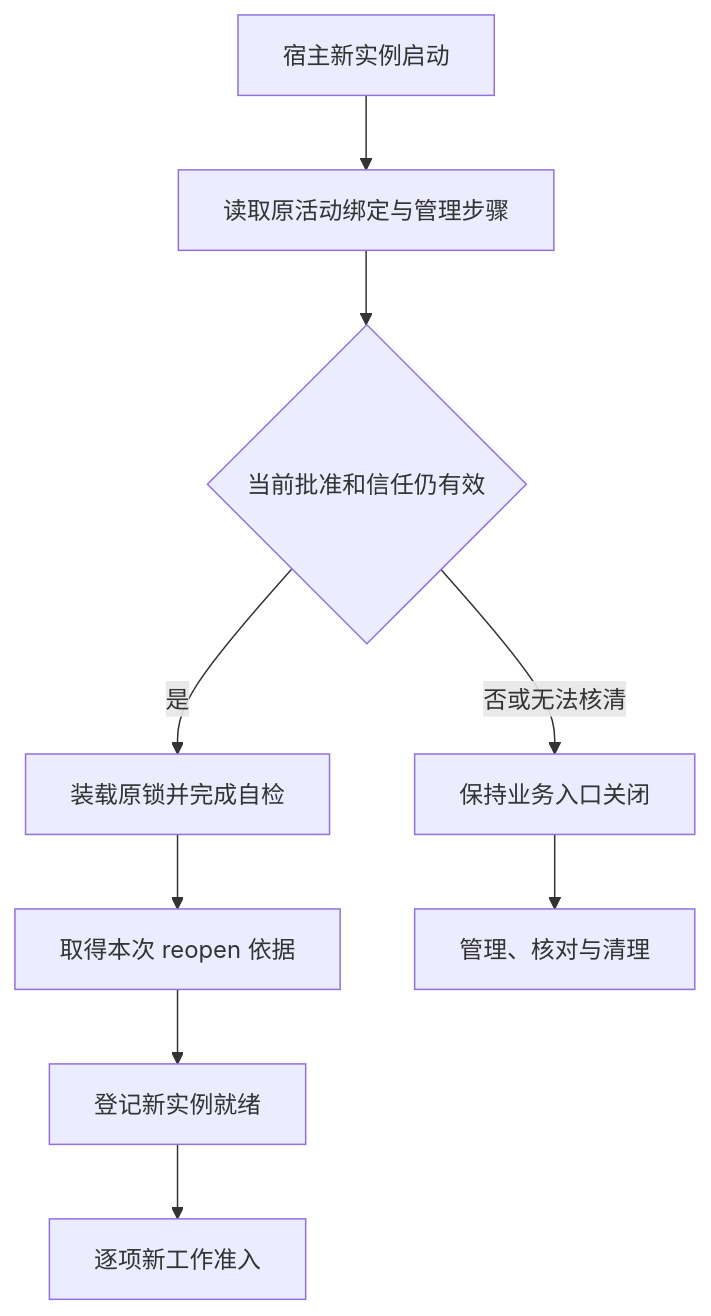
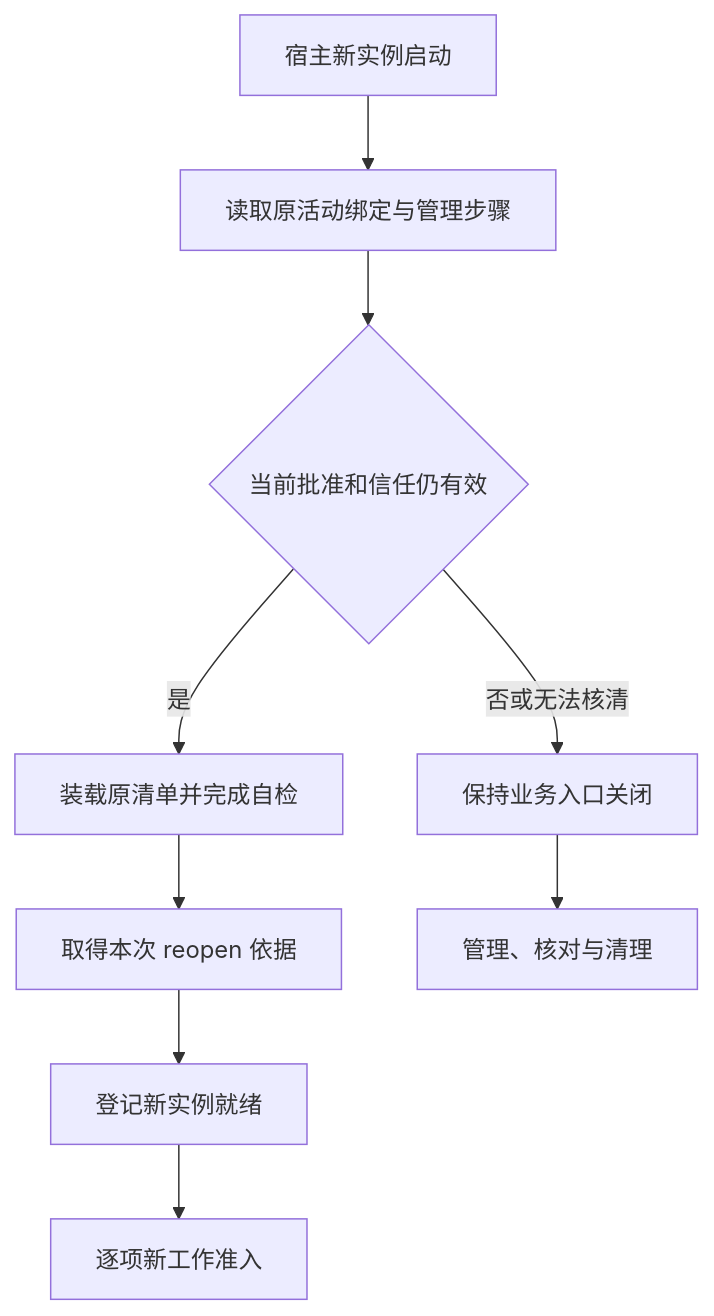
The fourth of 4 diagrams in docs/architecture/extensions/implementation.md (ruipengliu/lerna), drawn with Mermaid before and after one commit. The commit also changed other lines of this file and 205 other files, not shown here.

Commit message:
docs: unify architecture terminology

````diff
--- a/docs/architecture/extensions/implementation.md
+++ b/docs/architecture/extensions/implementation.md
@@ -301,11 +301,11 @@
 ```mermaid
 flowchart TD
     S[宿主新实例启动] --> L[读取原活动绑定与管理步骤]
     L --> C{当前批准和信任仍有效}
     C -->|否或无法核清| B[保持业务入口关闭]
-    C -->|是| I[装载原锁并完成自检]
+    C -->|是| I[装载原清单并完成自检]
     I --> E[取得本次 reopen 依据]
     E --> T[登记新实例就绪]
     T --> W[逐项新工作准入]
     B --> R[管理、核对与清理]
 ```
````
